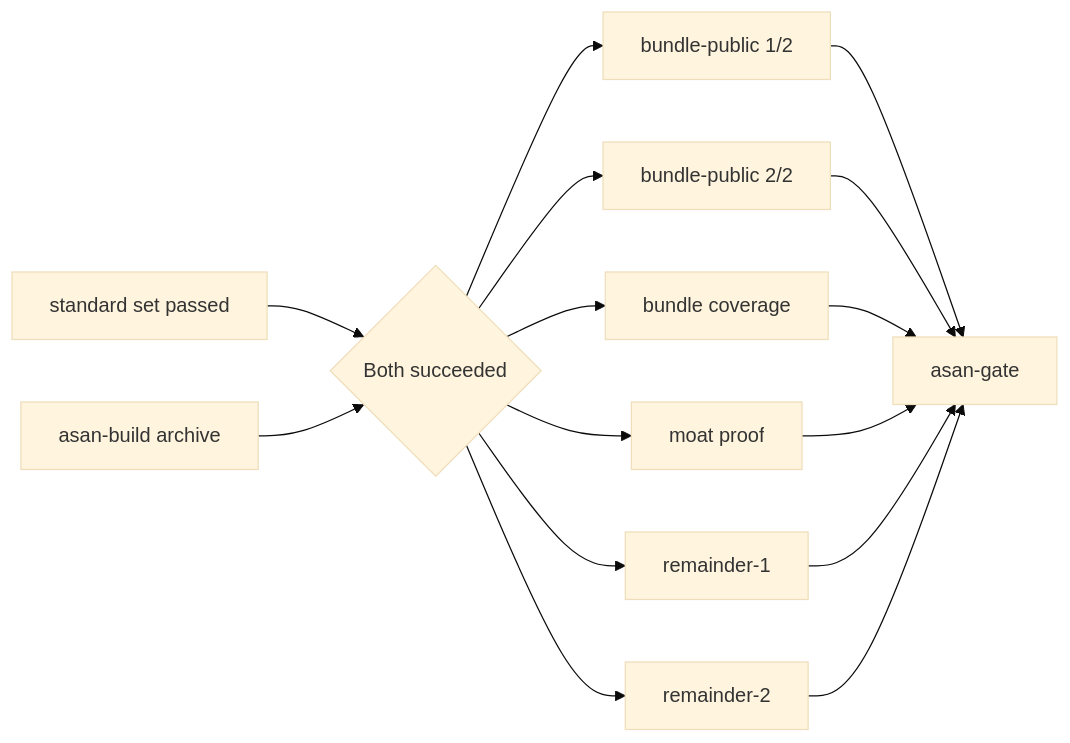
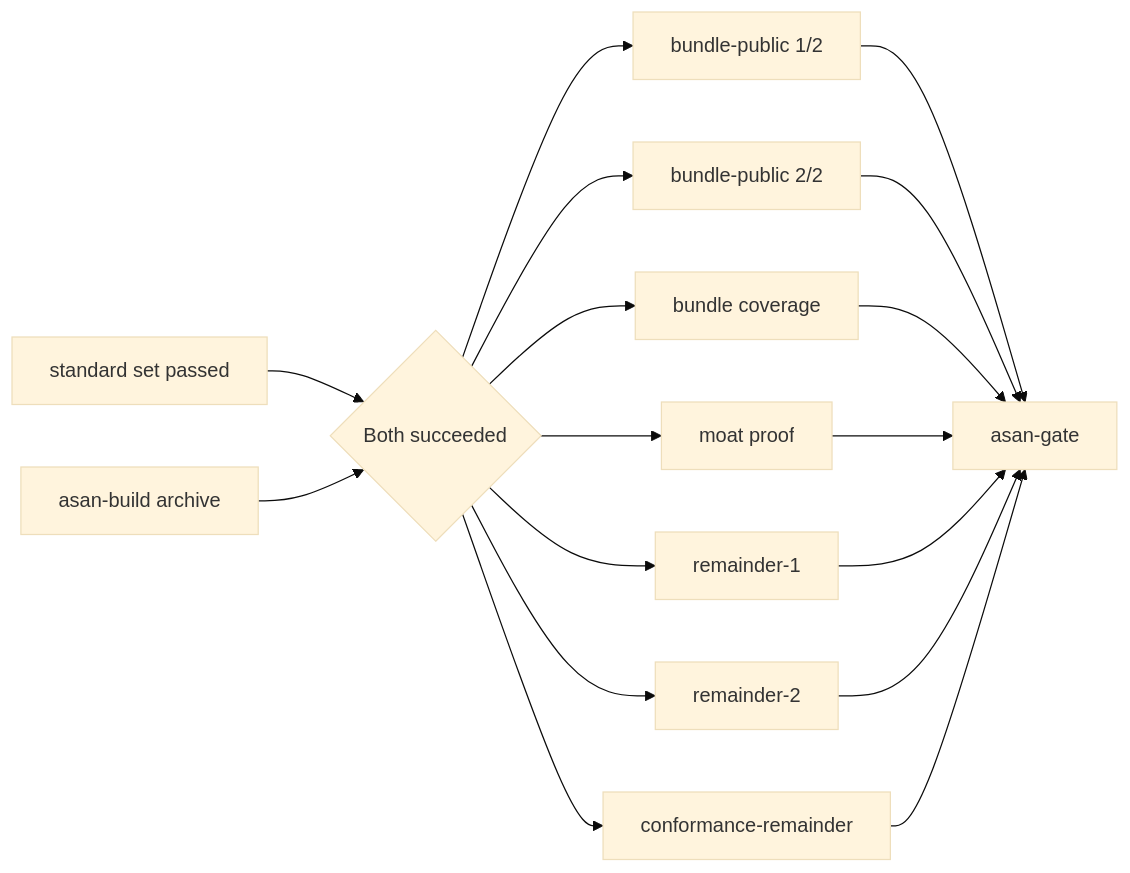
Before and after one commit to arceushui/pigloros: the tenth of 14 diagrams in CONTRIBUTING.md, drawn with Mermaid (base theme). The commit also changed other lines of this file and 6 other files, not shown here.

````diff
--- a/CONTRIBUTING.md
+++ b/CONTRIBUTING.md
@@ -381,17 +383,19 @@
 ```mermaid
 flowchart LR
     M["standard set passed"] --> J{"Both succeeded"}
     B["asan-build archive"] --> J
     J --> P1["bundle-public 1/2"]
     J --> P2["bundle-public 2/2"]
     J --> C["bundle coverage"]
     J --> O["moat proof"]
     J --> R1["remainder-1"]
     J --> R2["remainder-2"]
+    J --> CR["conformance-remainder"]
     P1 --> G["asan-gate"]
     P2 --> G
     C --> G
     O --> G
     R1 --> G
     R2 --> G
+    CR --> G
 ```
````
